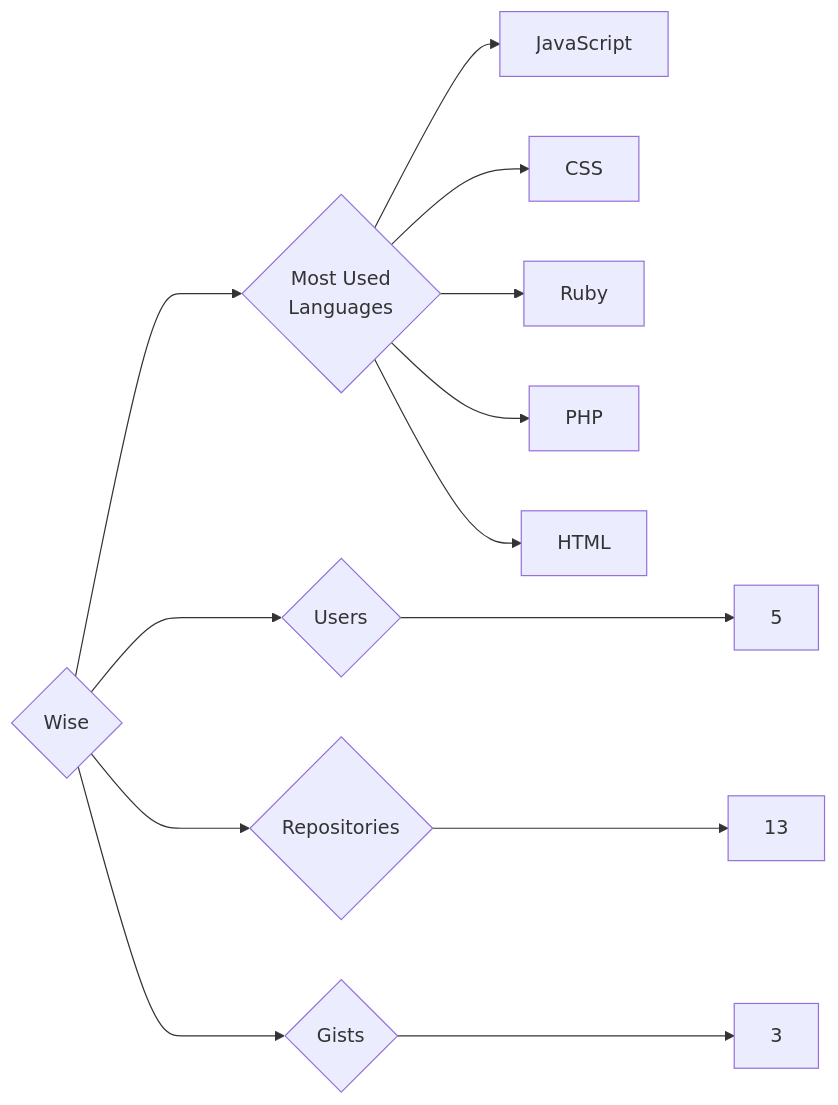
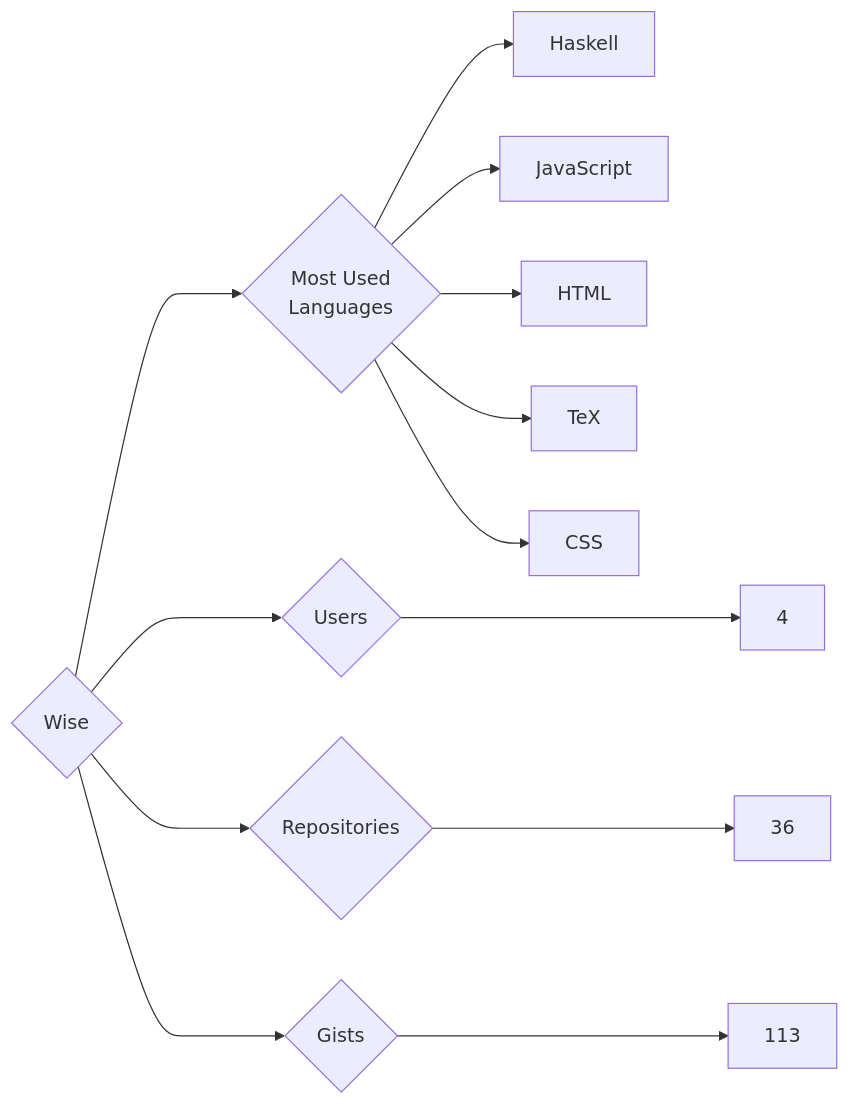
Before and after one commit to trickest/insiders: the diagram in targets/Wise/README.md, drawn with Mermaid. The commit also changed 1479 other files, not shown here.

````diff
--- a/targets/Wise/README.md
+++ b/targets/Wise/README.md
@@ -3,13 +3,13 @@
 ```mermaid
 graph LR
 COMPANY_NAME{Wise}
-COMPANY_NAME ---> U{Users} ---> UN[5]
-COMPANY_NAME ---> R{Repositories} ---> RN[13]
-COMPANY_NAME ---> G{Gists} ---> GN[3]
+COMPANY_NAME ---> U{Users} ---> UN[4]
+COMPANY_NAME ---> R{Repositories} ---> RN[36]
+COMPANY_NAME ---> G{Gists} ---> GN[113]
 COMPANY_NAME ---> ML{Most Used<br>Languages}
+ML --> Haskell[Haskell]
 ML --> JavaScript[JavaScript]
+ML --> HTML[HTML]
+ML --> TeX[TeX]
 ML --> CSS[CSS]
-ML --> Ruby[Ruby]
-ML --> PHP[PHP]
-ML --> HTML[HTML]
 ```
````
